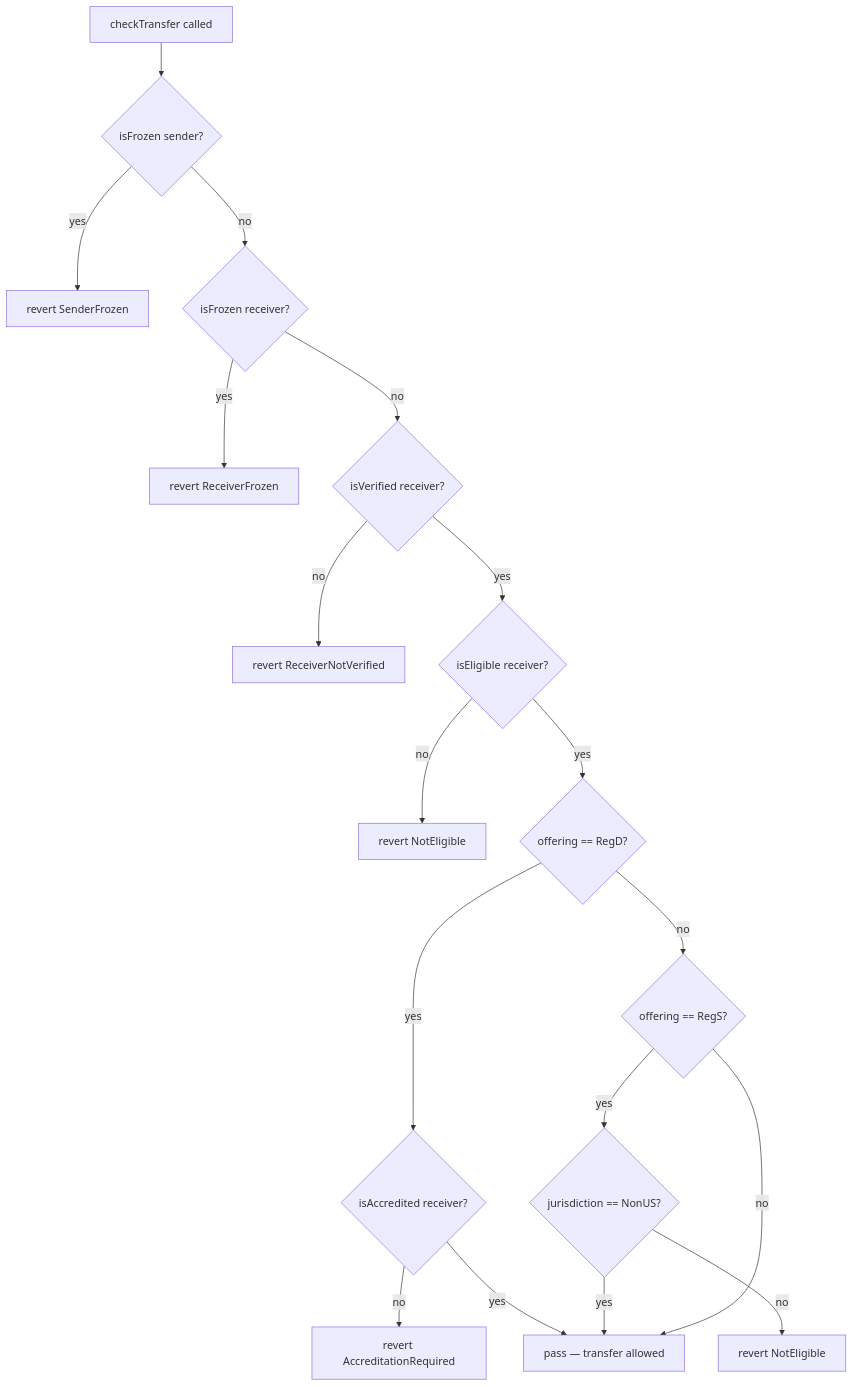
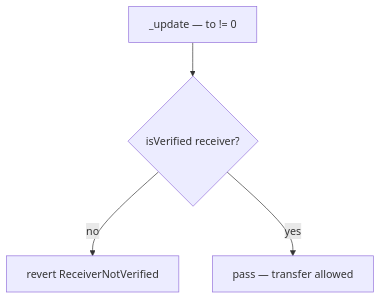
One commit to xbt-a4224j/permissioned-credit-ledger changed the third of 13 diagrams in docs/architecture/DESIGN.md. Above: the diagram before and after it, drawn with Mermaid. The commit also changed other lines of this file and 69 other files, not shown here.

````diff
--- a/docs/architecture/DESIGN.md
+++ b/docs/architecture/DESIGN.md
@@ -143,20 +110,6 @@
 ```mermaid
 flowchart TD
-    A[checkTransfer called] --> B{isFrozen sender?}
-    B -- yes --> C[revert SenderFrozen]
-    B -- no --> D{isFrozen receiver?}
-    D -- yes --> E[revert ReceiverFrozen]
-    D -- no --> F{isVerified receiver?}
+    A[_update — to != 0] --> F{isVerified receiver?}
     F -- no --> G[revert ReceiverNotVerified]
-    F -- yes --> H{isEligible receiver?}
-    H -- no --> I[revert NotEligible]
-    H -- yes --> J{offering == RegD?}
-    J -- yes --> K{isAccredited receiver?}
-    K -- no --> L[revert AccreditationRequired]
-    K -- yes --> P[pass — transfer allowed]
-    J -- no --> M{offering == RegS?}
-    M -- yes --> N{jurisdiction == NonUS?}
-    N -- no --> O[revert NotEligible]
-    N -- yes --> P
-    M -- no --> P
+    F -- yes --> P[pass — transfer allowed]
 ```
````
